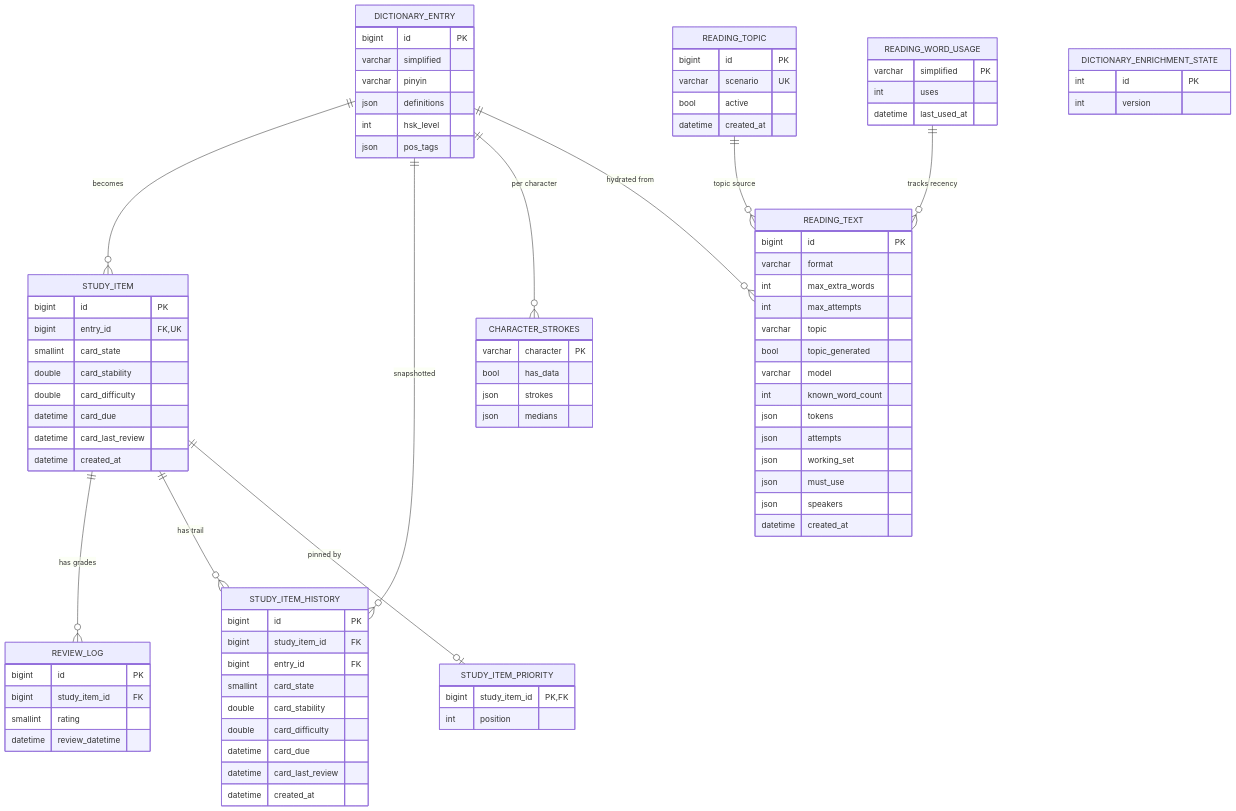
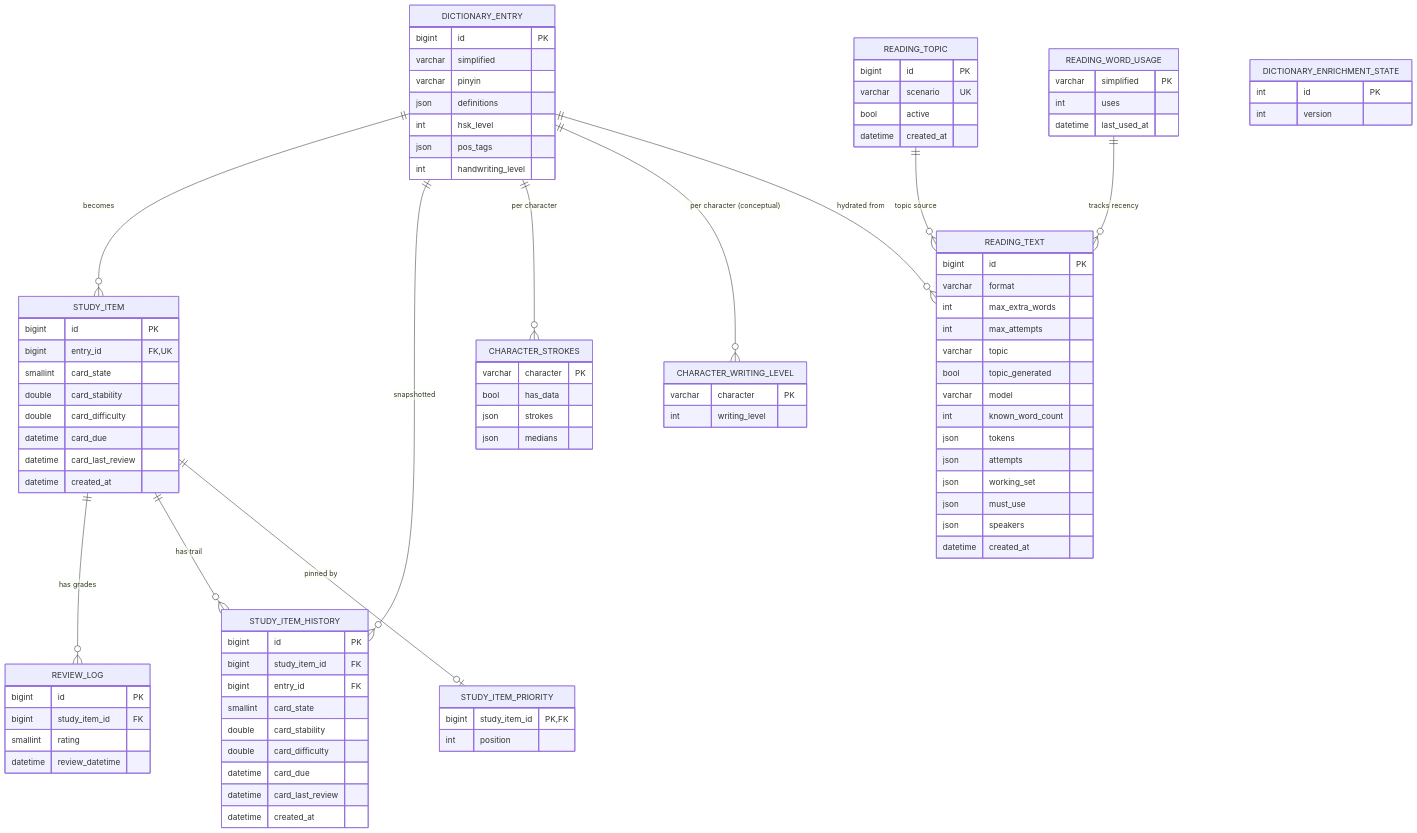
The first of 2 diagrams in docs/03-data-model.md (luiznaac/shougong), drawn with Mermaid before and after one commit. The commit also changed other lines of this file and 38 other files, not shown here.

Commit message:
Store character writing levels and expose both HSK levels (#206)

```diff
--- a/docs/03-data-model.md
+++ b/docs/03-data-model.md
@@ -7,6 +7,7 @@
     DICTIONARY_ENTRY ||--o{ STUDY_ITEM : "becomes"
     DICTIONARY_ENTRY ||--o{ STUDY_ITEM_HISTORY : "snapshotted"
     DICTIONARY_ENTRY ||--o{ CHARACTER_STROKES : "per character"
+    DICTIONARY_ENTRY ||--o{ CHARACTER_WRITING_LEVEL : "per character (conceptual)"
     STUDY_ITEM ||--o{ REVIEW_LOG : "has grades"
     STUDY_ITEM ||--o{ STUDY_ITEM_HISTORY : "has trail"
     STUDY_ITEM ||--o| STUDY_ITEM_PRIORITY : "pinned by"
@@ -21,6 +22,11 @@
         json definitions
         int hsk_level
         json pos_tags
+        int handwriting_level
+    }
+    CHARACTER_WRITING_LEVEL {
+        varchar character PK
+        int writing_level
     }
     DICTIONARY_ENRICHMENT_STATE {
         int id PK
```
